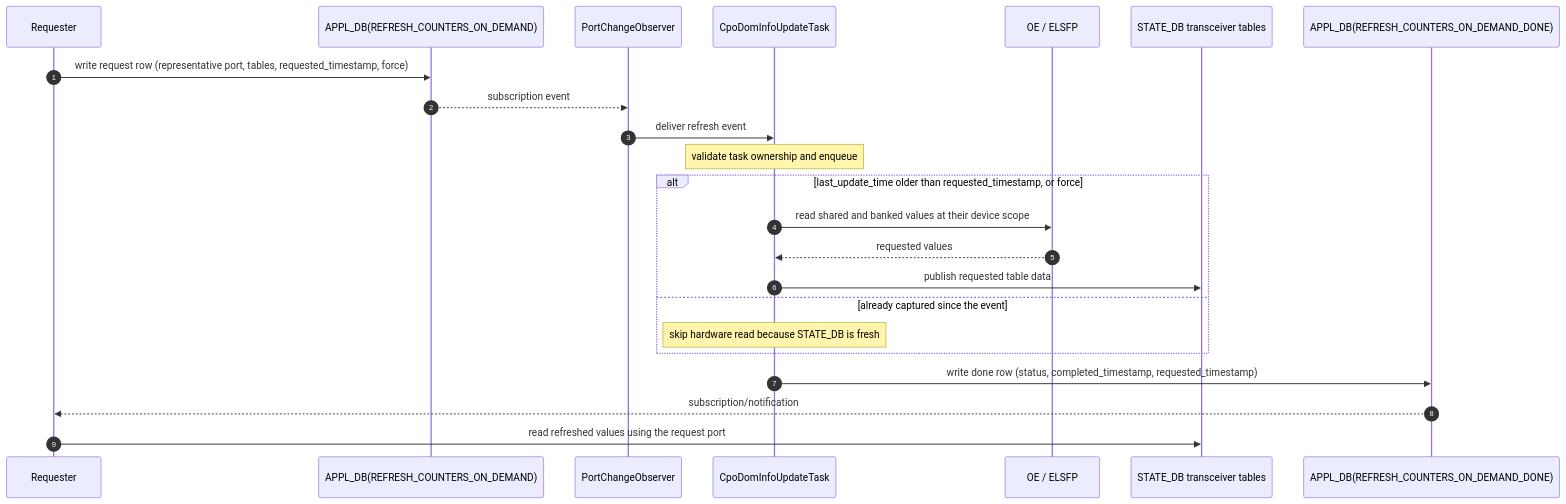
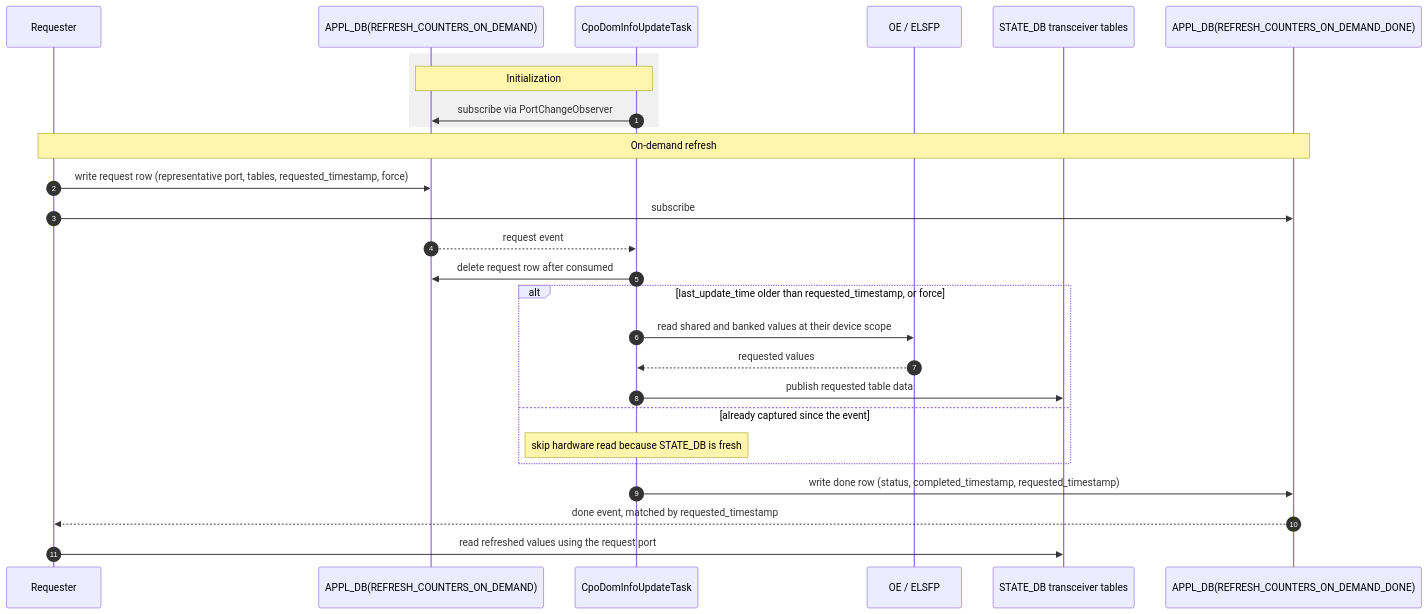
The diagram in doc/pmon/xcvrd_on_demand_refresh_hld.md (Natgerbi/SONiC), drawn with Mermaid before and after one commit. The commit also changed other lines of this file, not shown here.

Commit message:
Fix hld review comments

````diff
--- a/doc/pmon/xcvrd_on_demand_refresh_hld.md
+++ b/doc/pmon/xcvrd_on_demand_refresh_hld.md
@@ -210,26 +210,31 @@
 ```mermaid
 sequenceDiagram
     autonumber
     participant R as Requester
     participant ARQ as APPL_DB(REFRESH_COUNTERS_ON_DEMAND)
-    participant OBS as PortChangeObserver
     participant DOM as CpoDomInfoUpdateTask
     participant DEV as OE / ELSFP
     participant ST as STATE_DB transceiver tables
     participant ADN as APPL_DB(REFRESH_COUNTERS_ON_DEMAND_DONE)
 
+    rect rgba(128, 128, 128, 0.12)
+        Note over ARQ,DOM: Initialization
+        DOM->>ARQ: subscribe via PortChangeObserver
+    end
+
+    Note over R,ADN: On-demand refresh
     R->>ARQ: write request row (representative port, tables, requested_timestamp, force)
-    ARQ-->>OBS: subscription event
-    OBS->>DOM: deliver refresh event
-    Note over DOM: validate task ownership and enqueue
+    R->>ADN: subscribe
+    ARQ-->>DOM: request event
+    DOM->>ARQ: delete request row after consumed
     alt last_update_time older than requested_timestamp, or force
         DOM->>DEV: read shared and banked values at their device scope
         DEV-->>DOM: requested values
         DOM->>ST: publish requested table data
     else already captured since the event
         Note over DOM: skip hardware read because STATE_DB is fresh
     end
     DOM->>ADN: write done row (status, completed_timestamp, requested_timestamp)
-    ADN-->>R: subscription/notification
+    ADN-->>R: done event, matched by requested_timestamp
     R->>ST: read refreshed values using the request port
 ```
````
